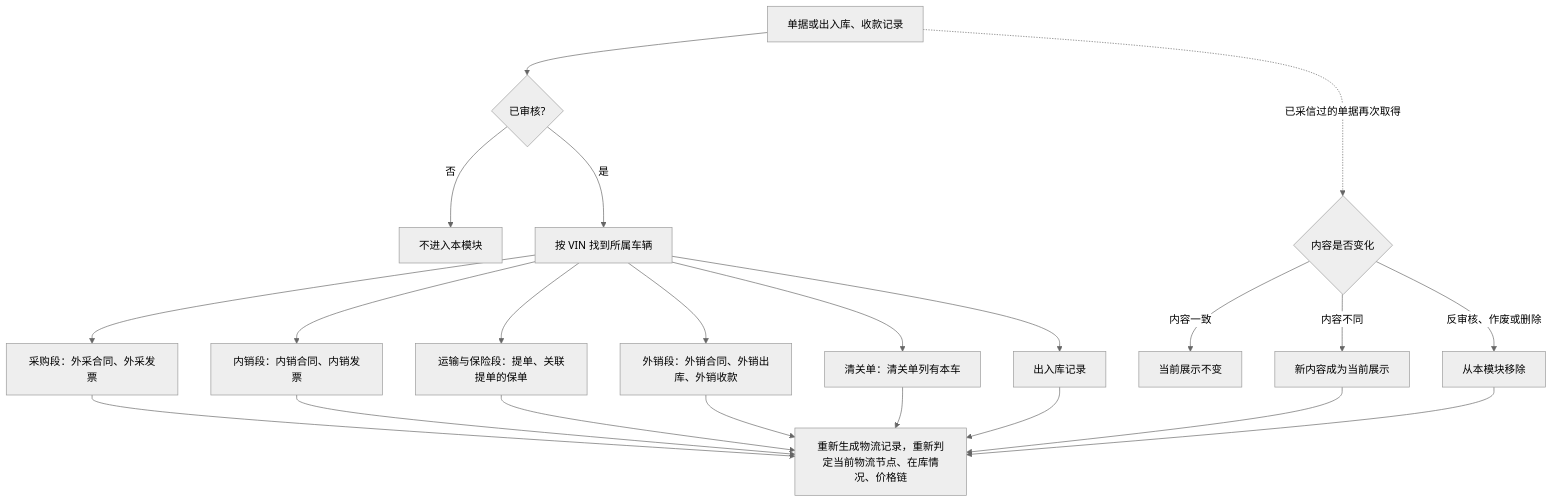
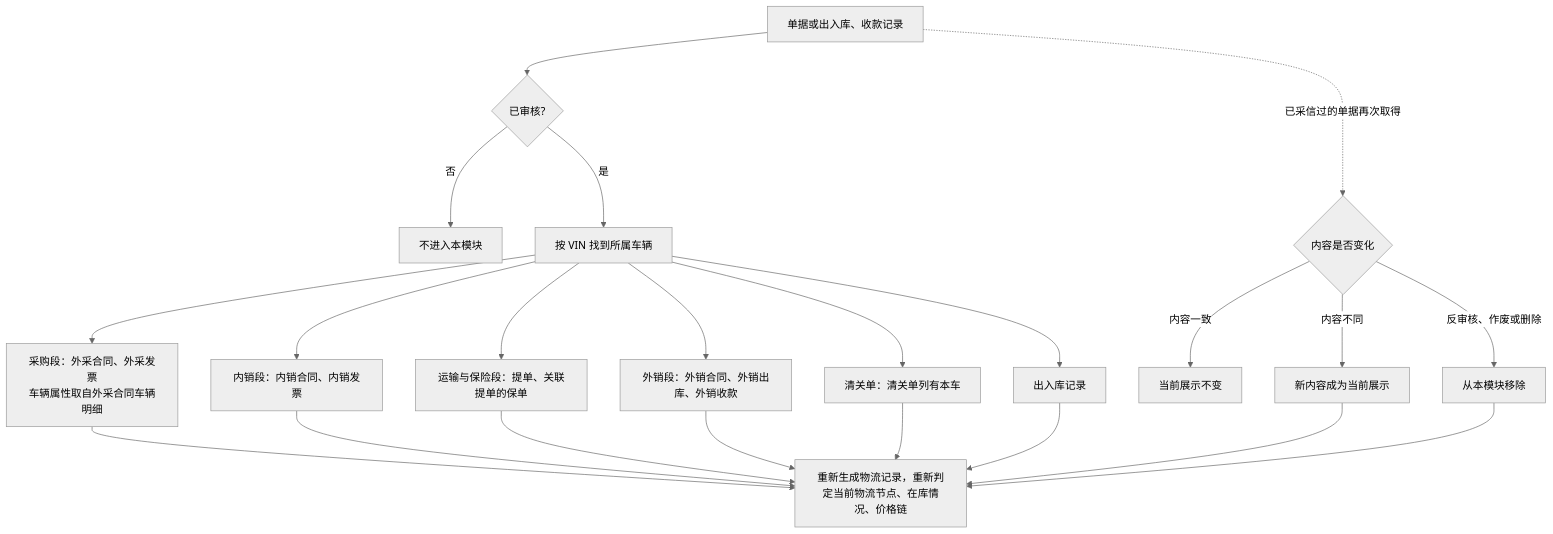
Before and after one commit to wxblockchain/Chain-Financing: the first of 4 diagrams in asset-trust-platform/PRD/运营端/M5-车辆履约/02-车辆履约-流程图与状态机.md, drawn with Mermaid (neutral theme). The commit also changed other lines of this file and 3 other files, not shown here.

````diff
--- a/asset-trust-platform/PRD/运营端/M5-车辆履约/02-车辆履约-流程图与状态机.md
+++ b/asset-trust-platform/PRD/运营端/M5-车辆履约/02-车辆履约-流程图与状态机.md
@@ -17,24 +17,24 @@
 ```mermaid
 flowchart TD
     A[单据或出入库、收款记录] --> B{已审核?}
     B -->|否| X[不进入本模块]
     B -->|是| C[按 VIN 找到所属车辆]
-    C --> D1[采购段：外采合同、外采发票]
+    C --> D1[采购段：外采合同、外采发票<br/>车辆属性取自外采合同车辆明细]
     C --> D2[内销段：内销合同、内销发票]
     C --> D3[运输与保险段：提单、关联提单的保单]
     C --> D4[外销段：外销合同、外销出库、外销收款]
     C --> D5[清关单：清关单列有本车]
     C --> D6[出入库记录]
     D1 --> R[重新生成物流记录，重新判定当前物流节点、在库情况、价格链]
     D2 --> R
     D3 --> R
     D4 --> R
     D5 --> R
     D6 --> R
     A -. 已采信过的单据再次取得 .-> U{内容是否变化}
     U -->|内容一致| K[当前展示不变]
     U -->|内容不同| N[新内容成为当前展示]
     U -->|反审核、作废或删除| M[从本模块移除]
     N --> R
     M --> R
 ```
````
